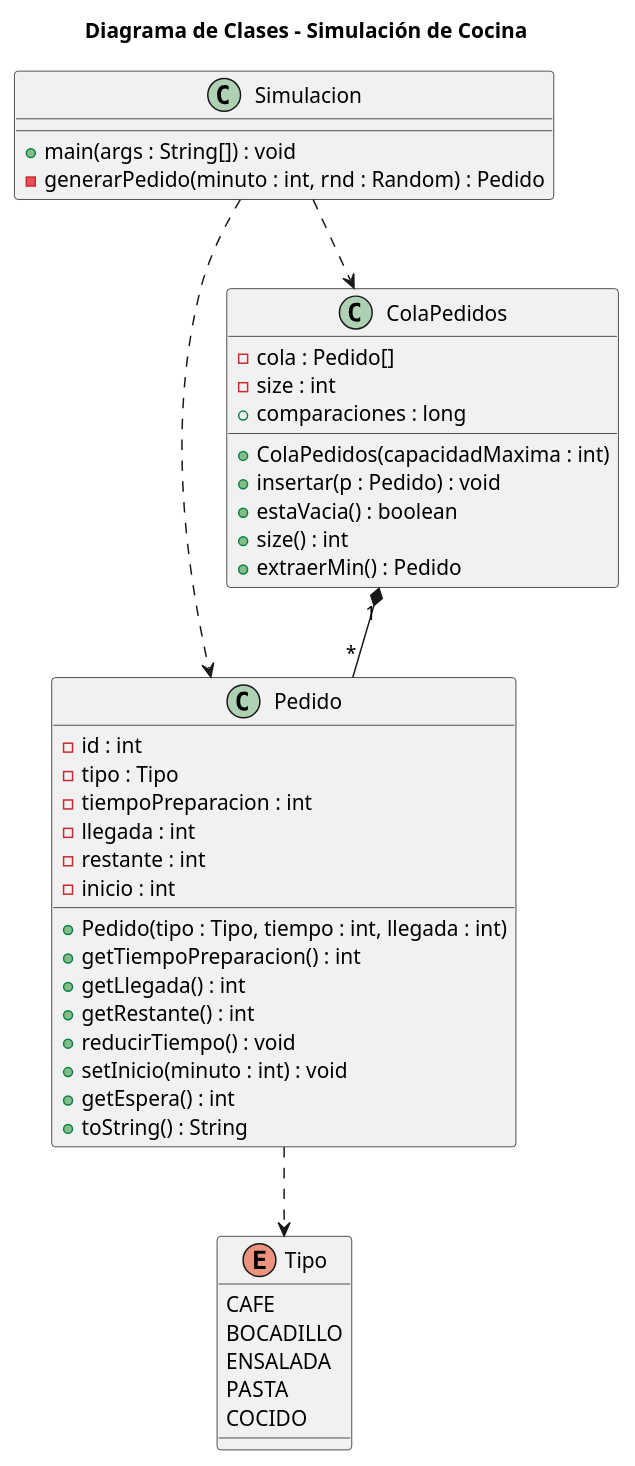
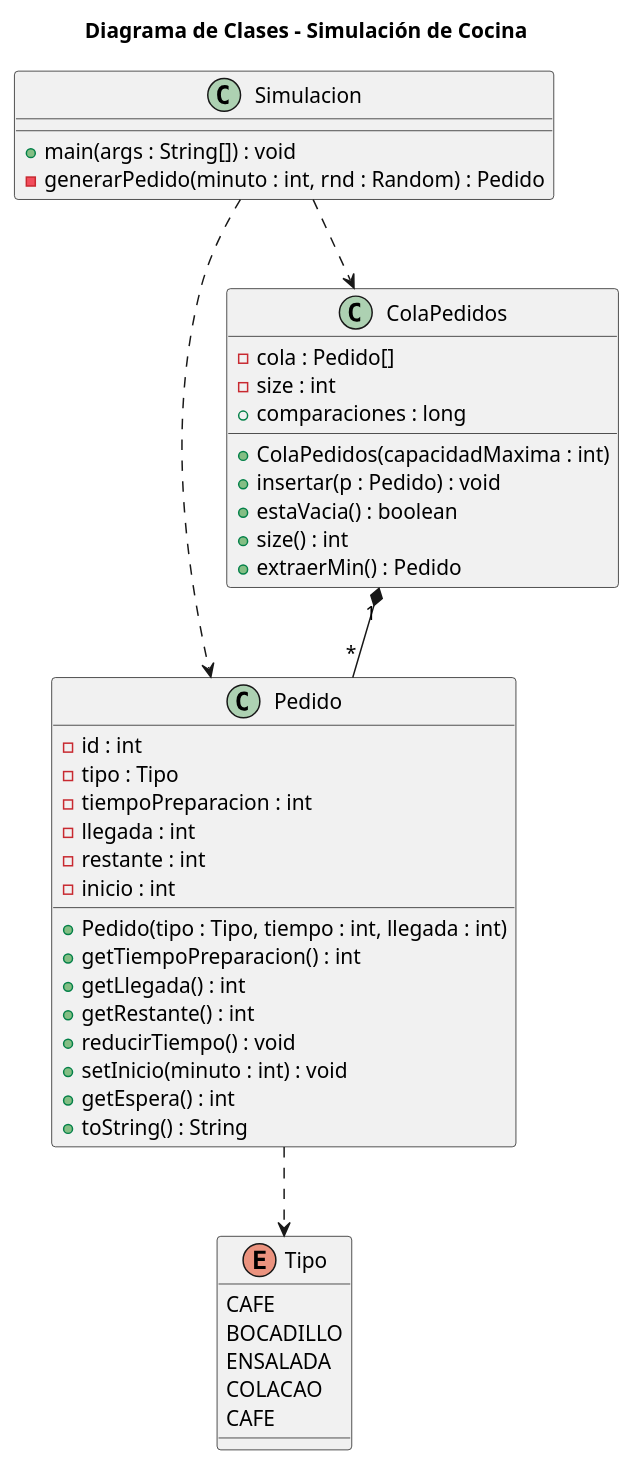
One commit to mmasias/25-26-EDA1 changed the diagram in entregas/valdesCarlos/documentosUML/Diagrama.puml. Above: the diagram before and after it, drawn with PlantUML. The commit also changed 2 other files, not shown here.

```diff
--- a/entregas/valdesCarlos/documentosUML/Diagrama.puml
+++ b/entregas/valdesCarlos/documentosUML/Diagrama.puml
@@ -1,53 +1,53 @@
 @startuml
 title Diagrama de Clases - Simulación de Cocina
 
 enum Tipo {
   CAFE
   BOCADILLO
   ENSALADA
-  PASTA
-  COCIDO
+  COLACAO
+  CAFE
 }
 
 class Pedido {
   - id : int
   - tipo : Tipo
   - tiempoPreparacion : int
   - llegada : int
   - restante : int
   - inicio : int
 
   + Pedido(tipo : Tipo, tiempo : int, llegada : int)
   + getTiempoPreparacion() : int
   + getLlegada() : int
   + getRestante() : int
   + reducirTiempo() : void
   + setInicio(minuto : int) : void
   + getEspera() : int
   + toString() : String
 }
 
 class ColaPedidos {
   - cola : Pedido[]
   - size : int
   + comparaciones : long
 
   + ColaPedidos(capacidadMaxima : int)
   + insertar(p : Pedido) : void
   + estaVacia() : boolean
   + size() : int
   + extraerMin() : Pedido
 }
 
 class Simulacion {
   + main(args : String[]) : void
   - generarPedido(minuto : int, rnd : Random) : Pedido
 }
 
 
 Pedido ..> Tipo
 ColaPedidos "1" *-- "*" Pedido
 Simulacion ..> Pedido
 Simulacion ..> ColaPedidos
 
 @enduml
```
